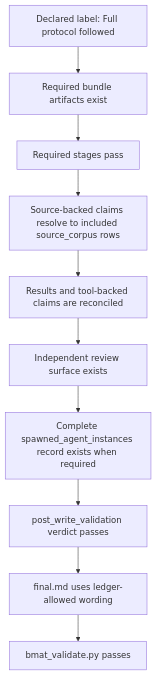
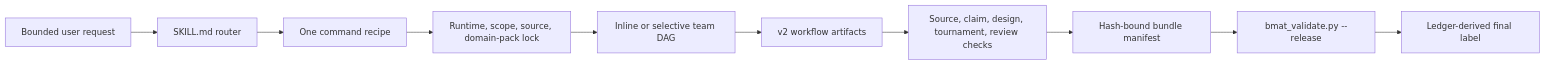
Before and after one commit to kdh-isaac/BMAT-for-codex: the diagram in plugins/biomedical-agent-teams/skills/biomedical-agent-teams/README.md, drawn with Mermaid. The commit also changed other lines of this file and 195 other files, not shown here.

Commit message:
Release BMAT v1.2.0

````diff
--- a/plugins/biomedical-agent-teams/skills/biomedical-agent-teams/README.md
+++ b/plugins/biomedical-agent-teams/skills/biomedical-agent-teams/README.md
@@ -185,12 +27,12 @@
 ```mermaid
-flowchart TD
-  A["Declared label: Full protocol followed"] --> B["Required bundle artifacts exist"]
-  B --> C["Required stages pass"]
-  C --> D["Source-backed claims resolve to included source_corpus rows"]
-  D --> E["Results and tool-backed claims are reconciled"]
-  E --> F["Independent review surface exists"]
-  F --> G["Complete spawned_agent_instances record exists when required"]
-  G --> H["post_write_validation verdict passes"]
-  H --> I["final.md uses ledger-allowed wording"]
-  I --> J["bmat_validate.py passes"]
+flowchart LR
+    request["Bounded user request"] --> router["SKILL.md router"]
+    router --> recipe["One command recipe"]
+    recipe --> preflight["Runtime, scope, source, domain-pack lock"]
+    preflight --> dag["Inline or selective team DAG"]
+    dag --> artifacts["v2 workflow artifacts"]
+    artifacts --> checks["Source, claim, design, tournament, review checks"]
+    checks --> manifest["Hash-bound bundle manifest"]
+    manifest --> validator["bmat_validate.py --release"]
+    validator --> label["Ledger-derived final label"]
 ```
````
